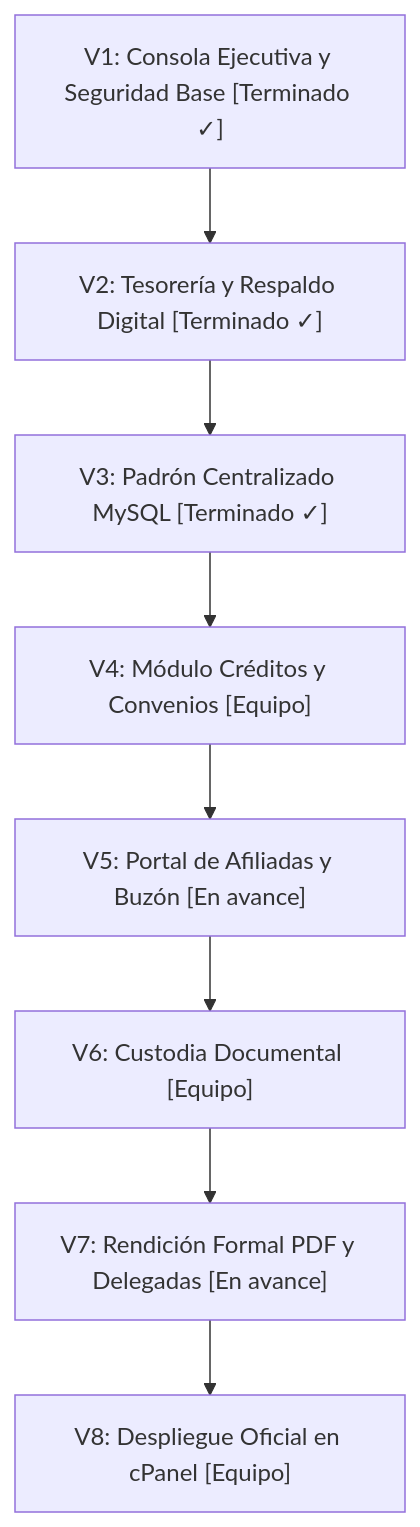
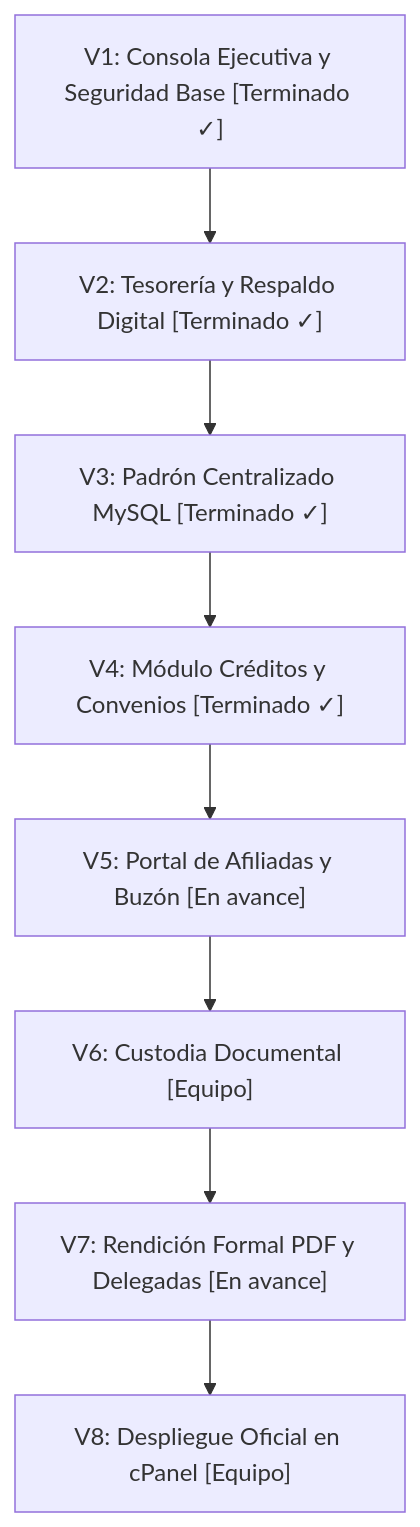
One commit to swix14/dashboard changed the diagram in docs/PLAN_IMPLEMENTACION.md. Above: the diagram before and after it, drawn with Mermaid. The commit also changed other lines of this file and 2 other files, not shown here.

Commit message:
docs: V4 créditos y convenios en el plan, README y guía de despliegue

````diff
--- a/docs/PLAN_IMPLEMENTACION.md
+++ b/docs/PLAN_IMPLEMENTACION.md
@@ -85,10 +85,10 @@
 ```mermaid
 flowchart TD
     V1["V1: Consola Ejecutiva y Seguridad Base [Terminado ✓]"] --> V2["V2: Tesorería y Respaldo Digital [Terminado ✓]"]
     V2 --> V3["V3: Padrón Centralizado MySQL [Terminado ✓]"]
-    V3 --> V4["V4: Módulo Créditos y Convenios [Equipo]"]
+    V3 --> V4["V4: Módulo Créditos y Convenios [Terminado ✓]"]
     V4 --> V5["V5: Portal de Afiliadas y Buzón [En avance]"]
     V5 --> V6["V6: Custodia Documental [Equipo]"]
     V6 --> V7["V7: Rendición Formal PDF y Delegadas [En avance]"]
     V7 --> V8["V8: Despliegue Oficial en cPanel [Equipo]"]
 ```
````
